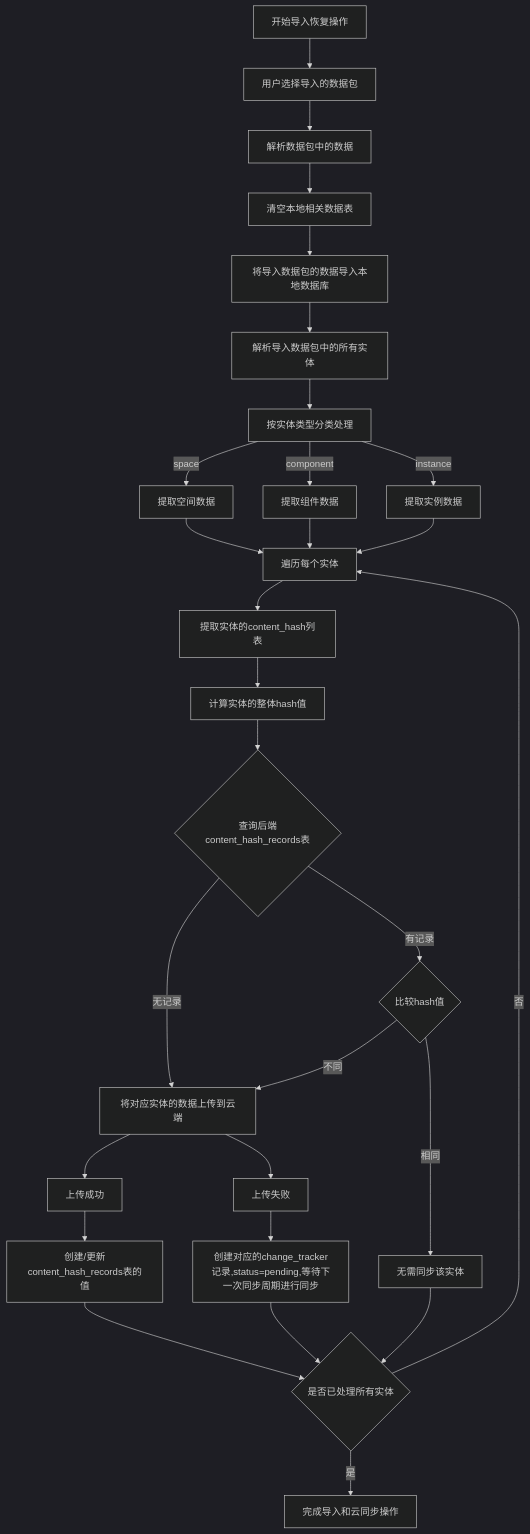
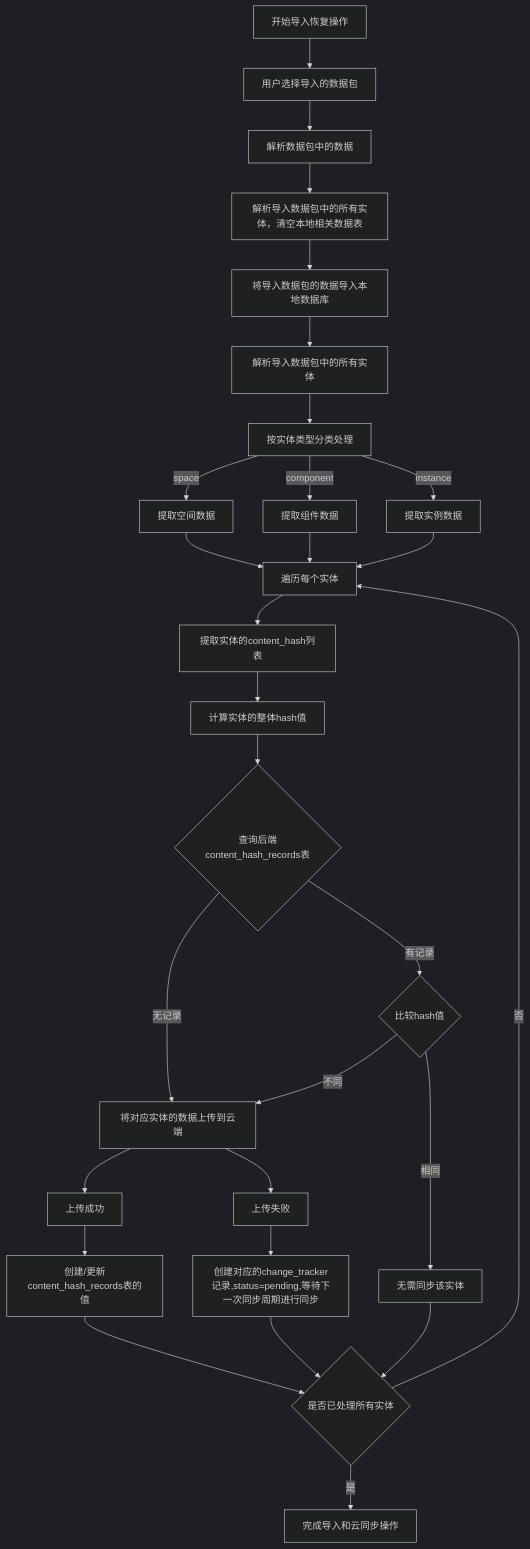
Before and after one commit to yingjianzh/iodraw-files: the diagram in all/未命名-45.md, drawn with Mermaid (dark theme).

Commit message:
2025-04-27 17:31:57 update

````diff
--- a/all/未命名-45.md
+++ b/all/未命名-45.md
@@ -1,46 +1,46 @@
 ```mermaid
 
 flowchart TD
     A[开始导入恢复操作] --> B[用户选择导入的数据包]
     B --> C[解析数据包中的数据]
     
-    C --> D[清空本地相关数据表]
+    C --> D[解析导入数据包中的所有实体，清空本地相关数据表]
     D --> E[将导入数据包的数据导入本地数据库]
     
     E --> F[解析导入数据包中的所有实体]
     F --> G[按实体类型分类处理]
     
     G -->|space| H1[提取空间数据]
     G -->|component| H2[提取组件数据]
     G -->|instance| H3[提取实例数据]
     
     H1 --> I[遍历每个实体]
     H2 --> I
     H3 --> I
     
     I --> J[提取实体的content_hash列表]
     J --> K[计算实体的整体hash值]
     
     K --> L{查询后端content_hash_records表}
     L -->|无记录| M1[将对应实体的数据上传到云端]
     M1 --> N1[上传成功]
     M1 --> N2[上传失败]
     
     N2 --> N3[创建对应的change_tracker记录,status=pending,等待下一次同步周期进行同步]
     N3 --> S
     N1 --> M4[创建/更新content_hash_records表的值]
 
 
     L -->|有记录| M2{比较hash值}
     M2 -->|不同| M1
 
     M2 -->|相同| M3[无需同步该实体]
     
     
     M3 --> S{是否已处理所有实体}
     M4 --> S{是否已处理所有实体}
     
     S -->|否| I
     S -->|是| T[完成导入和云同步操作]
 
 ```
````
